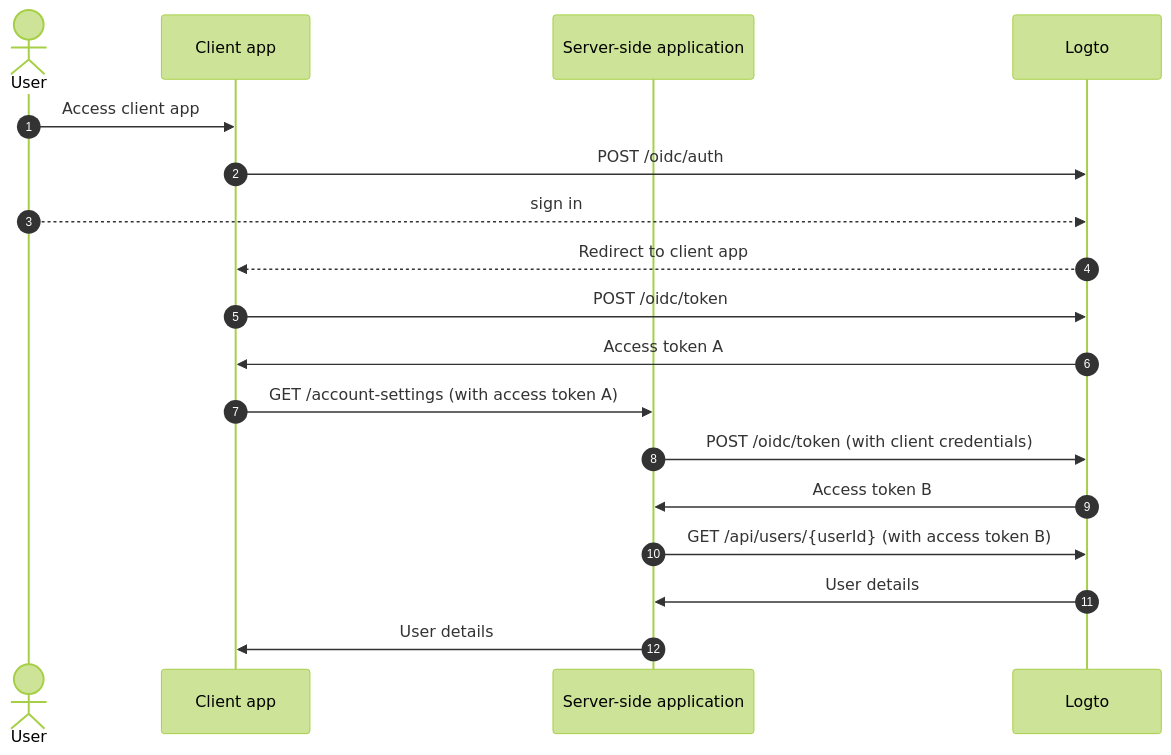
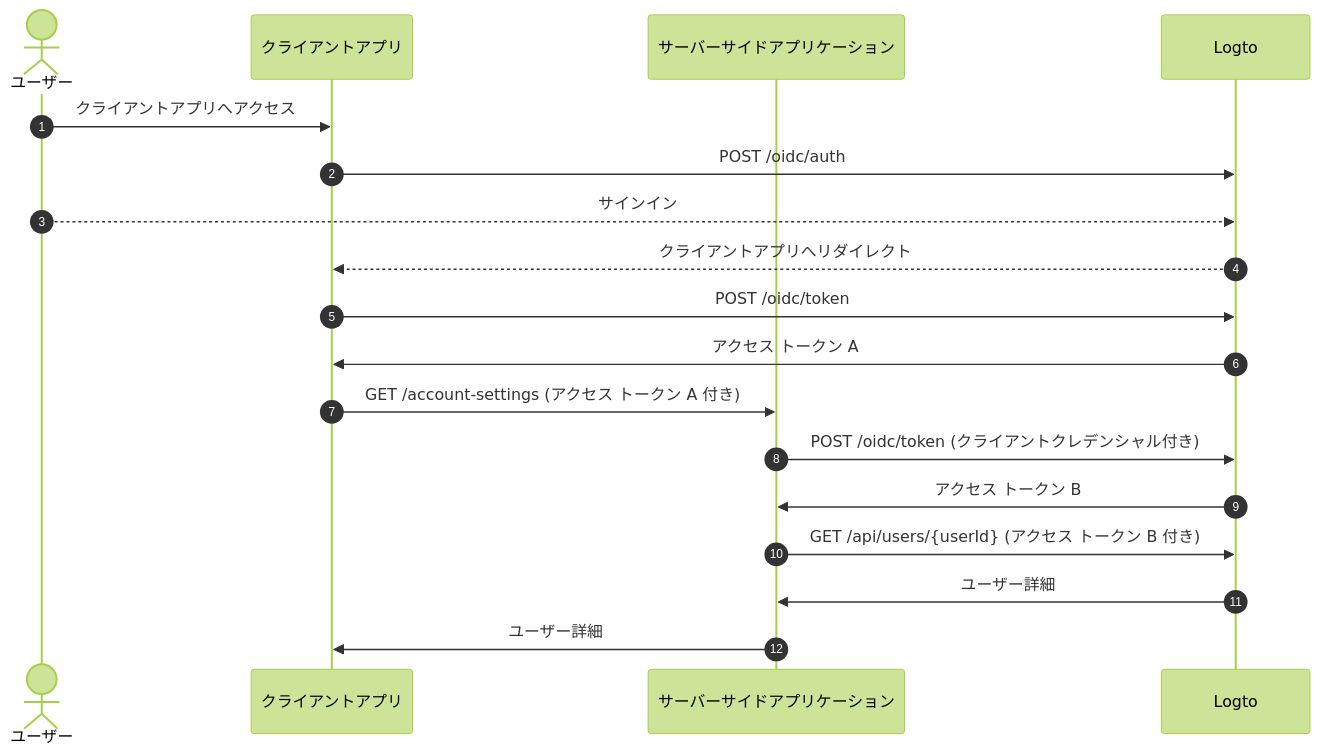
One commit to logto-io/docs changed the second of 3 diagrams in i18n/ja/docusaurus-plugin-content-docs/current/end-user-flows/account-settings/by-management-api.mdx. Above: the diagram before and after it, drawn with Mermaid (forest theme). The commit also changed other lines of this file and 137 other files, not shown here.

````diff
--- a/i18n/ja/docusaurus-plugin-content-docs/current/end-user-flows/account-settings/by-management-api.mdx
+++ b/i18n/ja/docusaurus-plugin-content-docs/current/end-user-flows/account-settings/by-management-api.mdx
@@ -27,21 +27,21 @@
 ```mermaid
   sequenceDiagram
     autonumber
-    actor User as User
-    participant Client as Client app
-    participant Server as Server-side application
+    actor User as ユーザー
+    participant Client as クライアントアプリ
+    participant Server as サーバーサイドアプリケーション
     participant Logto as Logto
 
-    User ->> Client: Access client app
+    User ->> Client: クライアントアプリへアクセス
     Client ->> Logto: POST /oidc/auth
-    User -->> Logto: sign in
-    Logto -->> Client: Redirect to client app
+    User -->> Logto: サインイン
+    Logto -->> Client: クライアントアプリへリダイレクト
     Client ->> Logto: POST /oidc/token
-    Logto ->> Client: Access token A
-    Client ->> Server: GET /account-settings (with access token A)
-    Server ->> Logto: POST /oidc/token (with client credentials)
-    Logto ->> Server: Access token B
-    Server ->> Logto: GET /api/users/{userId} (with access token B)
-    Logto ->> Server: User details
-    Server ->> Client: User details
+    Logto ->> Client: アクセス トークン A
+    Client ->> Server: GET /account-settings (アクセス トークン A 付き)
+    Server ->> Logto: POST /oidc/token (クライアントクレデンシャル付き)
+    Logto ->> Server: アクセス トークン B
+    Server ->> Logto: GET /api/users/{userId} (アクセス トークン B 付き)
+    Logto ->> Server: ユーザー詳細
+    Server ->> Client: ユーザー詳細
 ```
````
